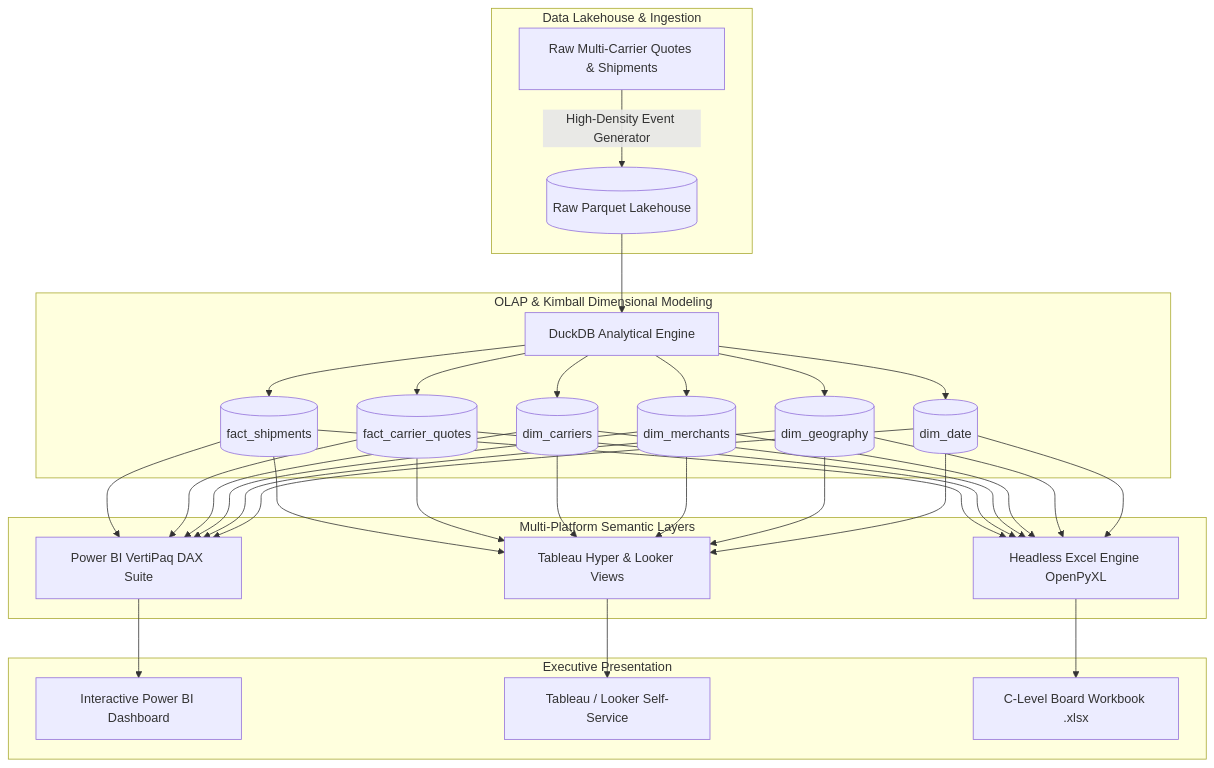
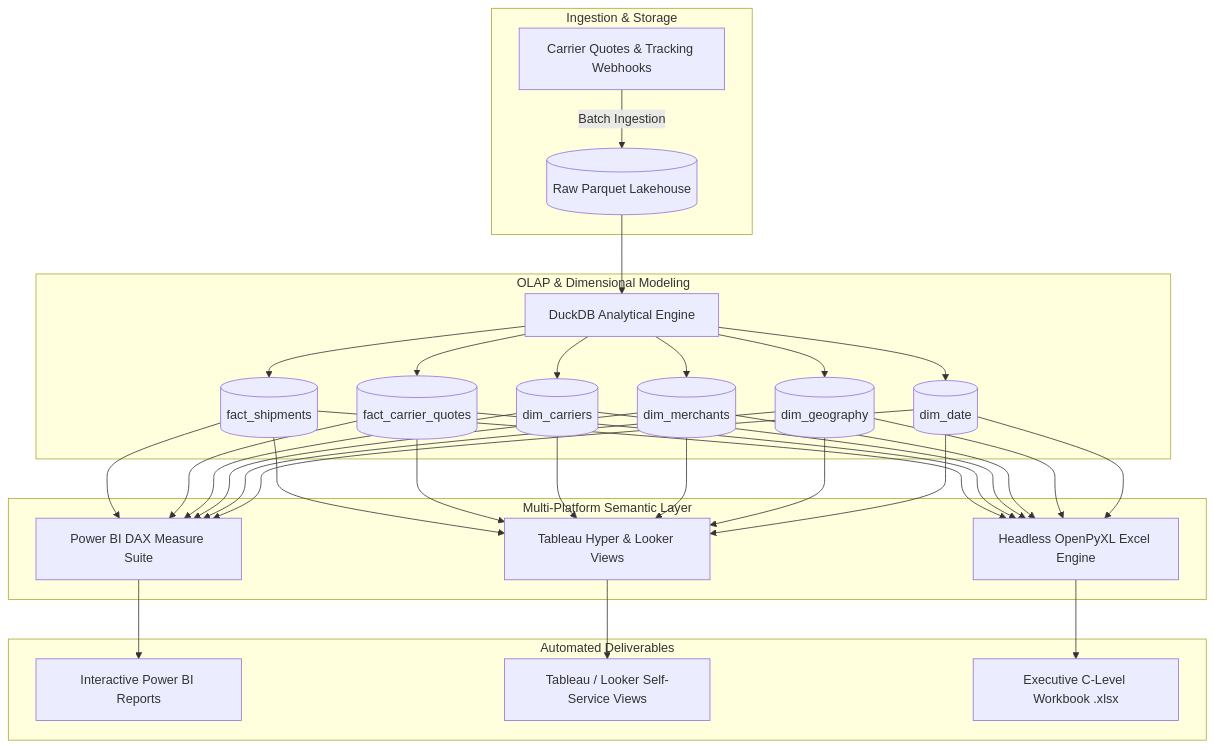
One commit to Maxrodri0311/Logistics-and-Shipping-Executive-Analytics-Hub changed the first of 2 diagrams in README.md. Above: the diagram before and after it, drawn with Mermaid. The commit also changed other lines of this file and 1 other file, not shown here.

Commit message:
finalize production documentation, architecture specs, and pipeline cleanup

````diff
--- a/README.md
+++ b/README.md
@@ -26,28 +19,28 @@
 ```mermaid
 flowchart TD
-    subgraph Data Lakehouse & Ingestion
-        A[Raw Multi-Carrier Quotes & Shipments] -->|High-Density Event Generator| B[(Raw Parquet Lakehouse)]
+    subgraph Ingestion & Storage
+        A[Carrier Quotes & Tracking Webhooks] -->|Batch Ingestion| B[(Raw Parquet Lakehouse)]
     end
 
-    subgraph OLAP & Kimball Dimensional Modeling
+    subgraph OLAP & Dimensional Modeling
         B --> C[DuckDB Analytical Engine]
         C --> D[(fact_shipments)]
         C --> E[(fact_carrier_quotes)]
         C --> F[(dim_carriers)]
         C --> G[(dim_merchants)]
         C --> H[(dim_geography)]
         C --> I[(dim_date)]
     end
 
-    subgraph Multi-Platform Semantic Layers
-        D & E & F & G & H & I --> J[Power BI VertiPaq DAX Suite]
+    subgraph Multi-Platform Semantic Layer
+        D & E & F & G & H & I --> J[Power BI DAX Measure Suite]
         D & E & F & G & H & I --> K[Tableau Hyper & Looker Views]
-        D & E & F & G & H & I --> L[Headless Excel Engine OpenPyXL]
+        D & E & F & G & H & I --> L[Headless OpenPyXL Excel Engine]
     end
 
-    subgraph Executive Presentation
-        J --> M[Interactive Power BI Dashboard]
-        K --> N[Tableau / Looker Self-Service]
-        L --> O[C-Level Board Workbook .xlsx]
+    subgraph Automated Deliverables
+        J --> M[Interactive Power BI Reports]
+        K --> N[Tableau / Looker Self-Service Views]
+        L --> O[Executive C-Level Workbook .xlsx]
     end
 ```
````
